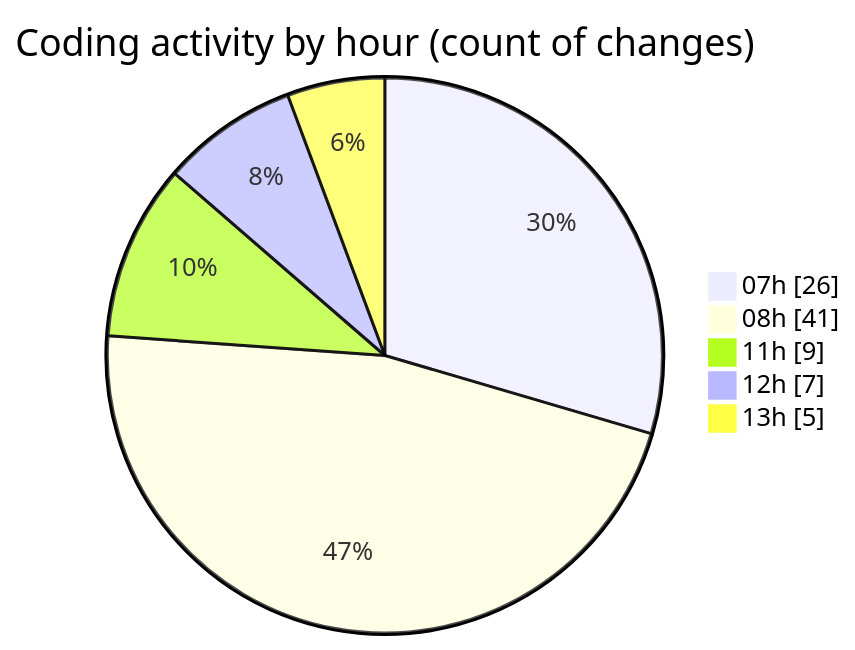
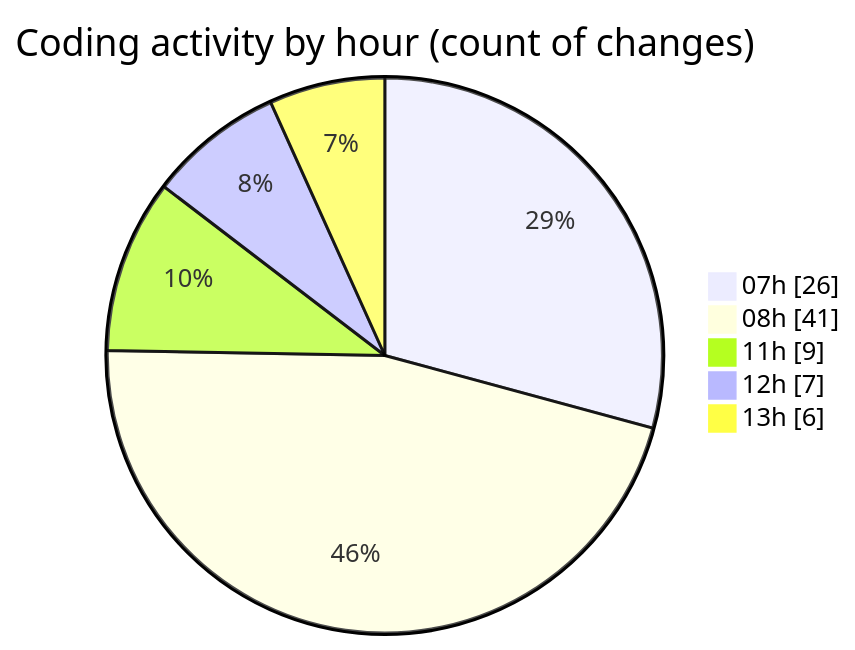
The second of 2 diagrams in 2025-10-04/shop/README.md (vahidmafi/code-tracking), drawn with Mermaid before and after one commit. The commit also changed other lines of this file and 1 other file, not shown here.

````diff
--- a/2025-10-04/shop/README.md
+++ b/2025-10-04/shop/README.md
@@ -51,9 +51,9 @@
 ```mermaid
 pie showData
 title Coding activity by hour (count of changes)
 "07h" : 26
 "08h" : 41
 "11h" : 9
 "12h" : 7
-"13h" : 5
+"13h" : 6
 ```
````
